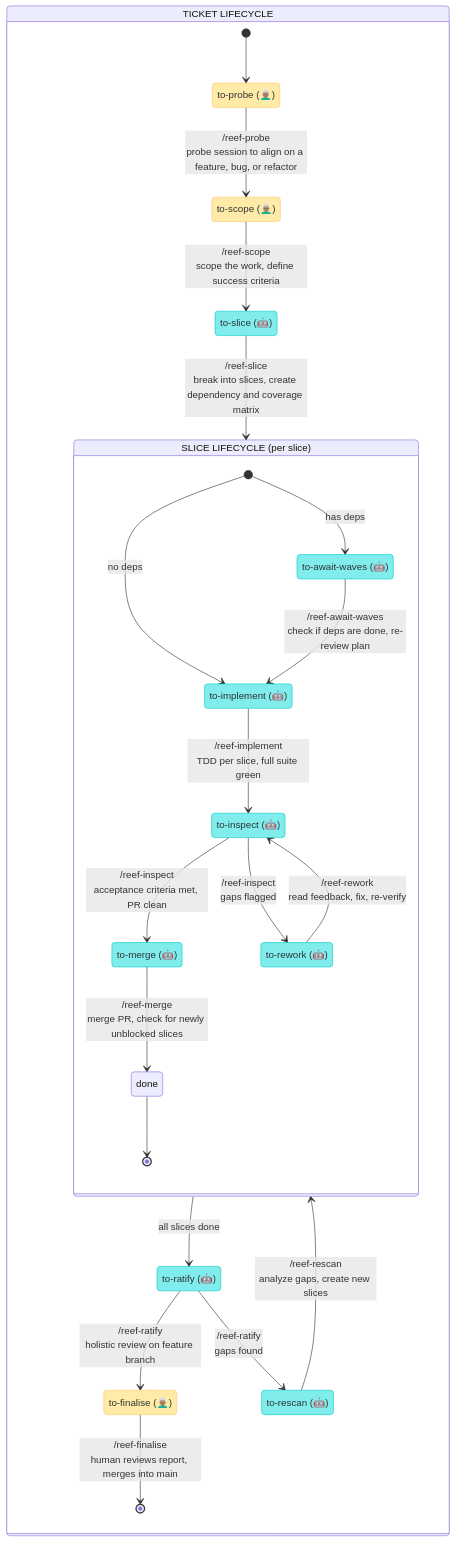
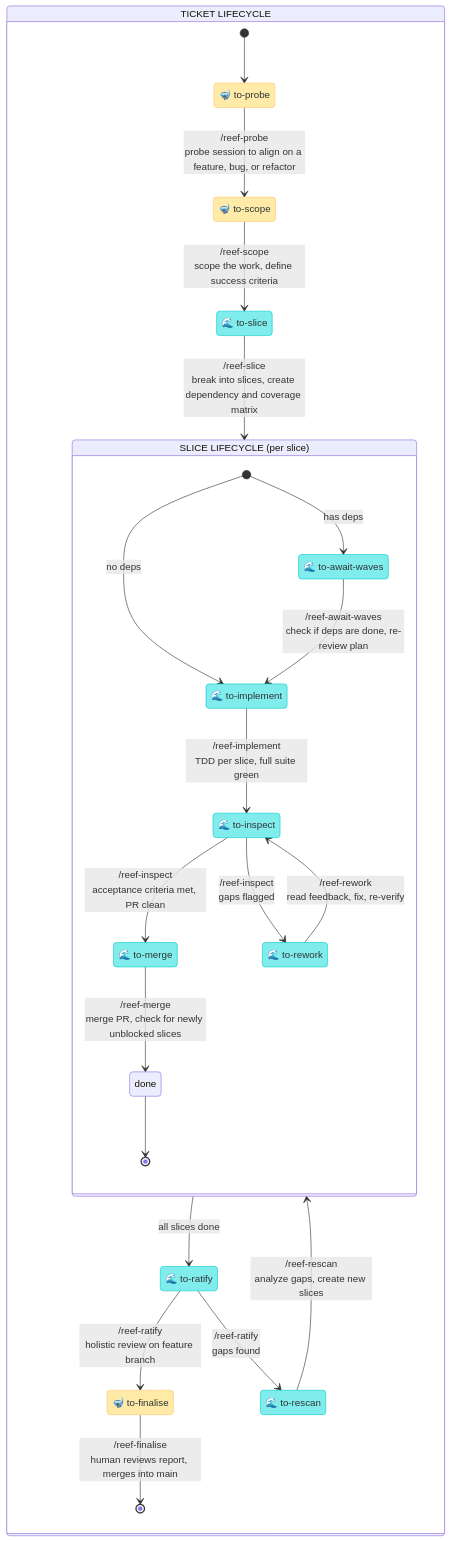
The diagram in orchestration-state-machine.md (mesqueeb/moonjelly-reef), drawn with Mermaid before and after one commit. The commit also changed other lines of this file, not shown here.

````diff
--- a/orchestration-state-machine.md
+++ b/orchestration-state-machine.md
@@ -17,50 +20,50 @@
 ```mermaid
 stateDiagram-v2
     direction TB
 
     classDef human fill:#ffeaa7,stroke:#fdcb6e,color:#2d3436
     classDef agent fill:#81ecec,stroke:#00cec9,color:#2d3436
 
     state "TICKET LIFECYCLE" as work {
 
-        state "to-probe (👨🏽‍🦳)" as to_probe
-        state "to-scope (👨🏽‍🦳)" as to_scope
-        state "to-slice (🤖)" as to_slice
-        state "to-ratify (🤖)" as to_ratify
-        state "to-rescan (🤖)" as gaps_to_rescan
-        state "to-finalise (👨🏽‍🦳)" as to_finalise
+        state "🤿 to-probe" as to_probe
+        state "🤿 to-scope" as to_scope
+        state "🌊 to-slice" as to_slice
+        state "🌊 to-ratify" as to_ratify
+        state "🌊 to-rescan" as gaps_to_rescan
+        state "🤿 to-finalise" as to_finalise
 
         [*] --> to_probe
         to_probe --> to_scope : /reef-probe<br />probe session to align on a feature, bug, or refactor
         to_scope --> to_slice : /reef-scope<br />scope the work, define success criteria
         to_slice --> slice_lifecycle : /reef-slice<br />break into slices, create dependency and coverage matrix
         slice_lifecycle --> to_ratify : all slices done
         to_ratify --> to_finalise : /reef-ratify<br />holistic review on feature branch
         to_ratify --> gaps_to_rescan : /reef-ratify<br />gaps found
         gaps_to_rescan --> slice_lifecycle : /reef-rescan<br />analyze gaps, create new slices
         to_finalise --> [*] : /reef-finalise<br />human reviews report, merges into main
     }
 
     state "SLICE LIFECYCLE (per slice)" as slice_lifecycle {
 
-        state "to-await-waves (🤖)" as to_await
-        state "to-implement (🤖)" as to_implement
-        state "to-inspect (🤖)" as to_inspect
-        state "to-rework (🤖)" as needs_rework
-        state "to-merge (🤖)" as to_merge
+        state "🌊 to-await-waves" as to_await
+        state "🌊 to-implement" as to_implement
+        state "🌊 to-inspect" as to_inspect
+        state "🌊 to-rework" as needs_rework
+        state "🌊 to-merge" as to_merge
         state "done" as slice_done
 
         [*] --> to_implement : no deps
         [*] --> to_await : has deps
         to_await --> to_implement : /reef-await-waves<br />check if deps are done, re-review plan
         to_implement --> to_inspect : /reef-implement<br />TDD per slice, full suite green
         to_inspect --> to_merge : /reef-inspect<br />acceptance criteria met, PR clean
         to_inspect --> needs_rework : /reef-inspect<br />gaps flagged
         needs_rework --> to_inspect : /reef-rework<br />read feedback, fix, re-verify
         to_merge --> slice_done : /reef-merge<br />merge PR, check for newly unblocked slices
         slice_done --> [*]
     }
 
     class to_probe,to_scope,to_finalise human
     class to_slice,to_ratify,gaps_to_rescan,to_await,to_implement,to_inspect,needs_rework,to_merge agent
 ```
````
